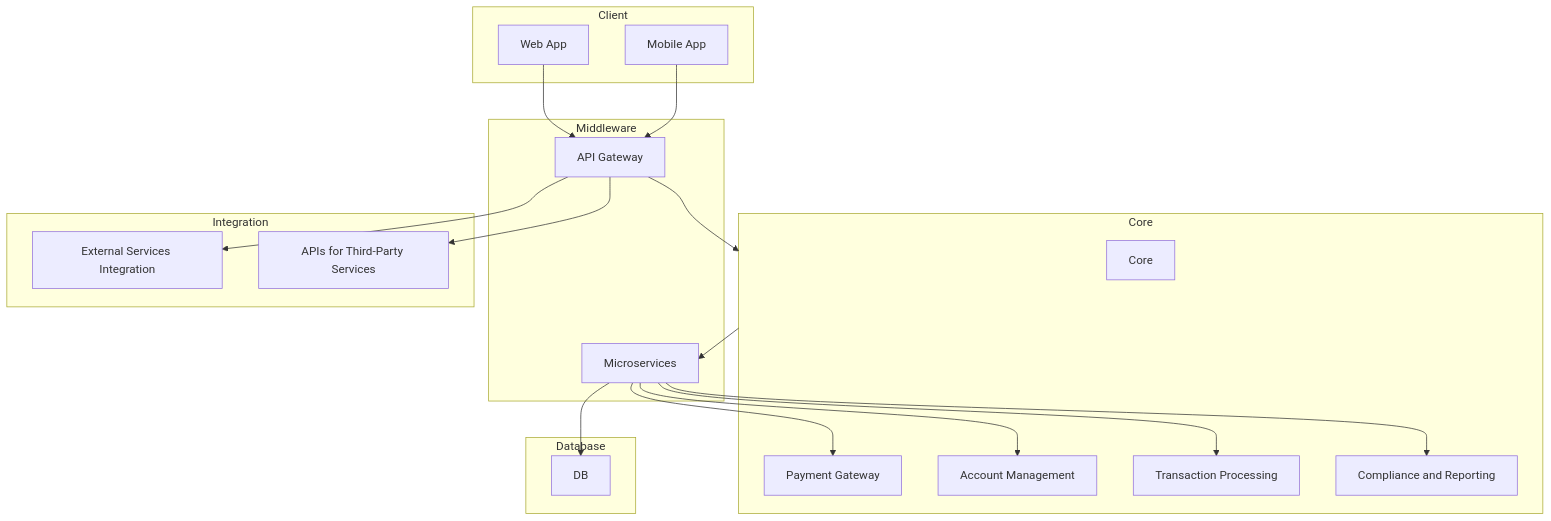
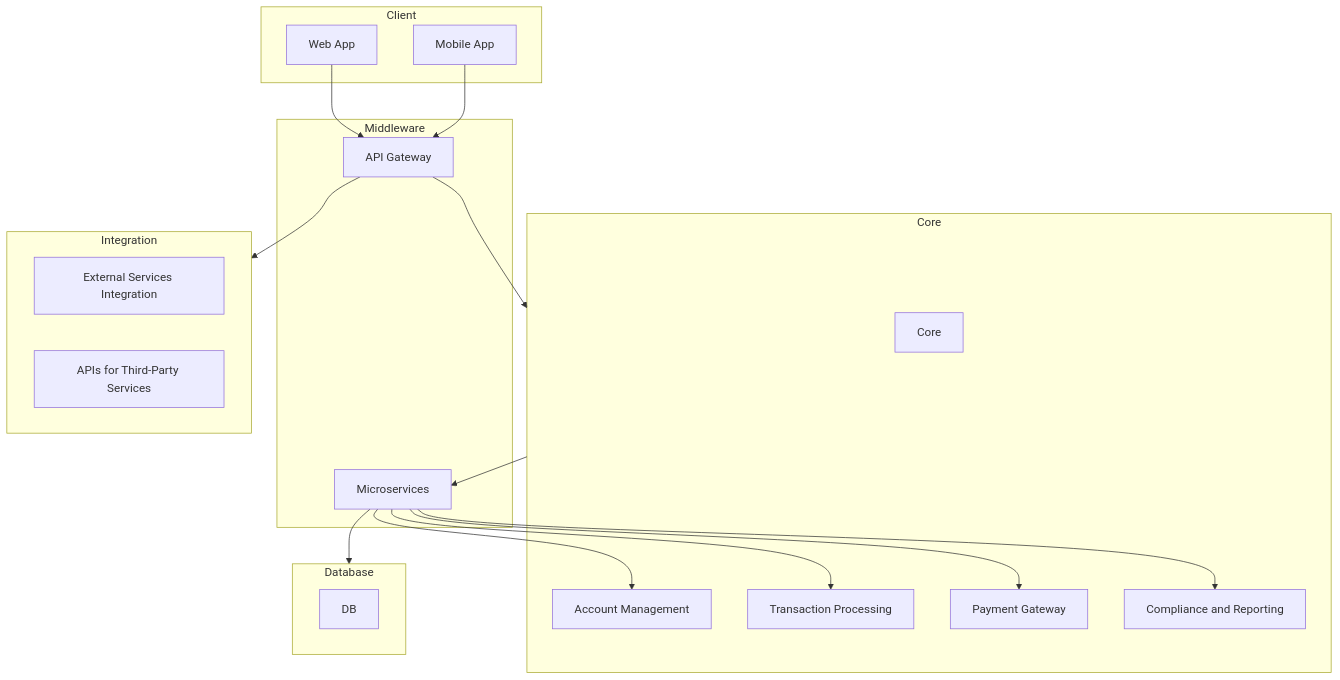
One commit to LucasAssisPereira/Banco changed the diagram in docs/components.md. Above: the diagram before and after it, drawn with Mermaid.

Commit message:
[docs] fix arrows in middleware

````diff
--- a/docs/components.md
+++ b/docs/components.md
@@ -12,43 +12,42 @@
 ```mermaid
     graph TD
   subgraph Client
       WebApp[Web App]
       MobileApp[Mobile App]
   end
 
   subgraph Core
       Ledger[Core]
       AccountManagement[Account Management]
       TransactionProcessing[Transaction Processing]
       PaymentGateway[Payment Gateway]
       ComplianceReporting[Compliance and Reporting]
   end
 
   subgraph Middleware
       APIGateway[API Gateway]
       Microservices[Microservices]
   end
 
   subgraph Database
       Postgres[DB]
   end
 
   subgraph Integration
       ExternalServices[External Services Integration]
       APIs[APIs for Third-Party Services]
   end
 
   WebApp --> APIGateway
   MobileApp --> APIGateway
 
   APIGateway --> Core
-  APIGateway --> ExternalServices
-  APIGateway --> APIs
-
+  APIGateway --> Integration
+  
   Core --> Microservices
-  Microservices --> Postgres
+  Microservices --> Database
   Microservices --> PaymentGateway
   Microservices --> AccountManagement
   Microservices --> TransactionProcessing
   Microservices --> ComplianceReporting
 ```
````
